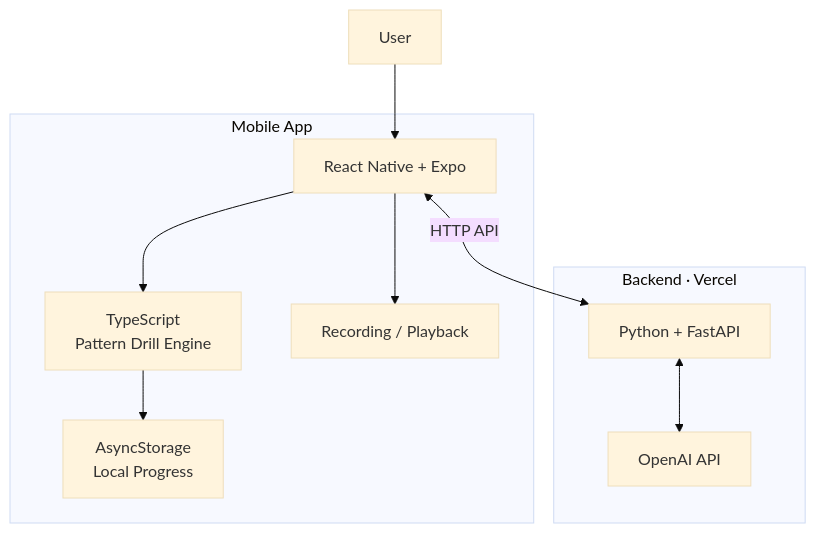
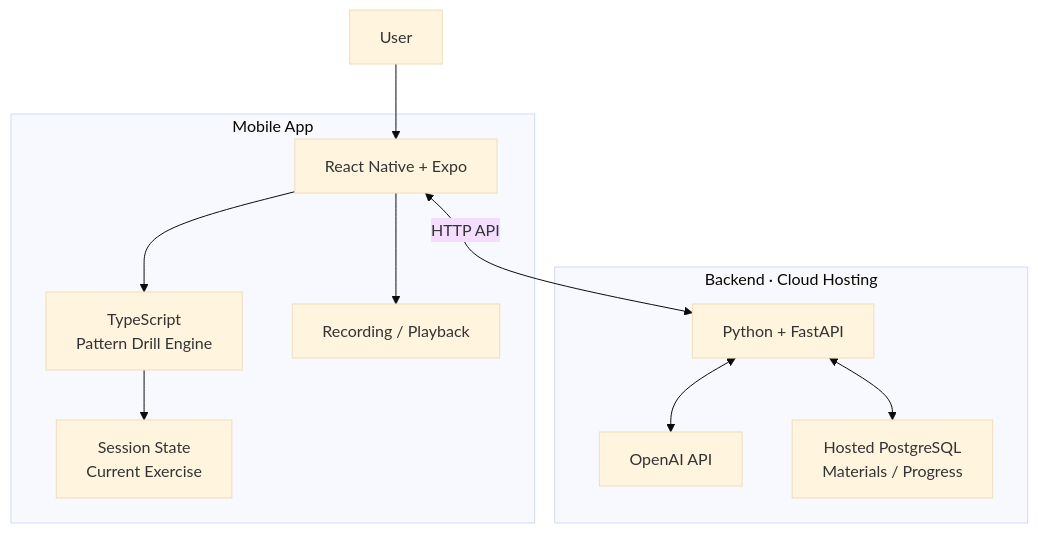
One commit to kuailoy/Convi changed the diagram in README.md. Above: the diagram before and after it, drawn with Mermaid (base theme). The commit also changed other lines of this file, not shown here.

Commit message:
docs: update development roadmap

````diff
--- a/README.md
+++ b/README.md
@@ -24,23 +24,25 @@
 ```mermaid
 flowchart TB
     User["User"]
 
     subgraph Mobile["Mobile App"]
         UI["React Native + Expo"]
         Logic["TypeScript<br/>Pattern Drill Engine"]
-        Storage["AsyncStorage<br/>Local Progress"]
+        State["Session State<br/>Current Exercise"]
         Speech["Recording / Playback"]
     end
 
-    subgraph Backend["Backend · Vercel"]
+    subgraph Backend["Backend · Cloud Hosting"]
         API["Python + FastAPI"]
         AI["OpenAI API"]
+        DB["Hosted PostgreSQL<br/>Materials / Progress"]
     end
 
     User --> UI
     UI --> Logic
     UI --> Speech
-    Logic --> Storage
+    Logic --> State
     UI <-->|HTTP API| API
     API <--> AI
+    API <--> DB
 ```
````
